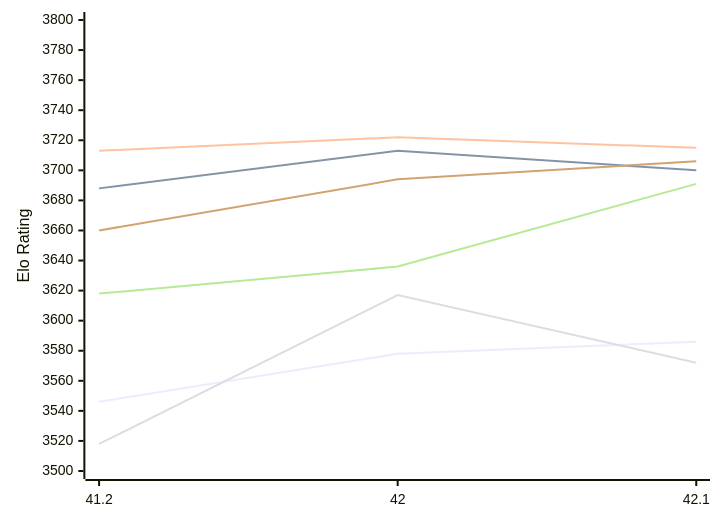
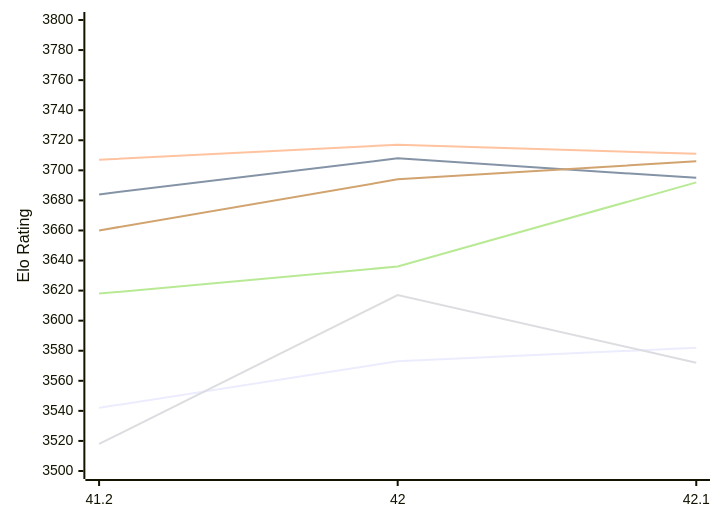
Before and after one commit to computer-chess-index/cci: the first of 2 diagrams in engines/Shashchess.md, drawn with Mermaid. The commit also changed other lines of this file, not shown here.

Commit message:
Update CCI Ratings (ELO VLTC) - 2026-11-26

````diff
--- a/engines/Shashchess.md
+++ b/engines/Shashchess.md
@@ -52,12 +52,12 @@
 ```mermaid
 %%{init: {"theme":"base","themeVariables":{"seriesColors:['#a3a3a3','#222221','#faa371']}}}%%
 xychart-beta
   x-axis ["41.2", "42", "42.1"]
   y-axis "Elo Rating" 3500 --> 3800
-  line "E1: STC (8.0+0.08s)" [3546, 3578, 3586]
-  line "E1: LTC (60.0+0.60s)" [3688, 3713, 3700]
-  line "E1: VLTC (2m24s+1.12s)" [3713, 3722, 3715]
+  line "E1: STC (8.0+0.08s)" [3542, 3573, 3582]
+  line "E1: LTC (60.0+0.60s)" [3684, 3708, 3695]
+  line "E1: VLTC (2m24s+1.12s)" [3707, 3717, 3711]
   line "P1: STC (8.0+0.08s)" [3518, 3617, 3572]
-  line "P1: LTC (60.0+0.60s)" [3618, 3636, 3691]
+  line "P1: LTC (60.0+0.60s)" [3618, 3636, 3692]
   line "P1: VLTC (2m24s+1.12s)" [3660, 3694, 3706]
 ```
````
